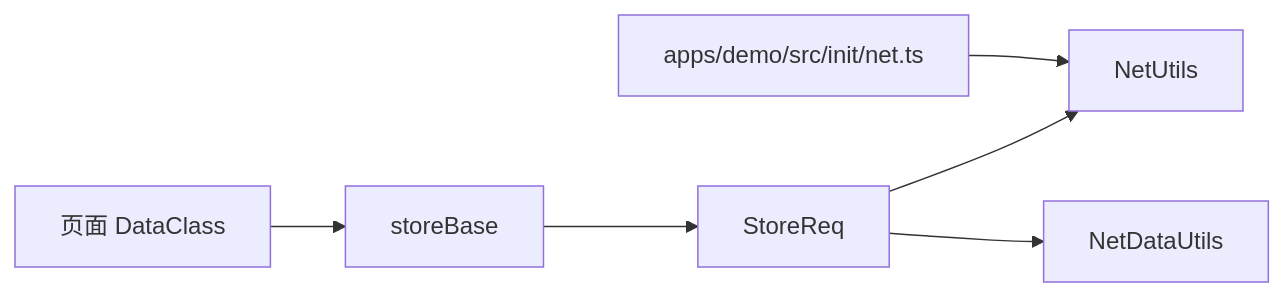
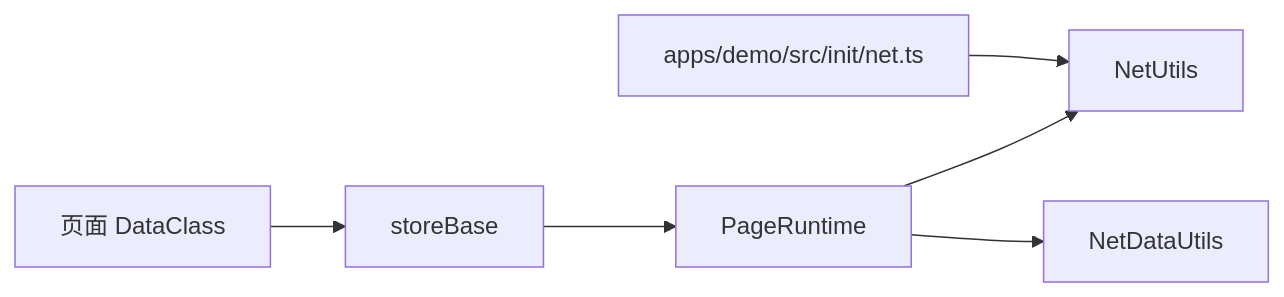
The sixth of 6 diagrams in .qoder/repowiki/zh/content/数据管理/数据同步.md (liqiongke/FrontArk), drawn with Mermaid before and after one commit. The commit also changed other lines of this file and 19 other files, not shown here.

````diff
--- a/.qoder/repowiki/zh/content/数据管理/数据同步.md
+++ b/.qoder/repowiki/zh/content/数据管理/数据同步.md
@@ -256,8 +271,8 @@
 ```mermaid
 graph LR
 NetInit["apps/demo/src/init/net.ts"] --> NetUtils["NetUtils"]
-StoreBase["storeBase"] --> StoreReq["StoreReq"]
-StoreReq --> NetUtils
-StoreReq --> NetDataUtils["NetDataUtils"]
+StoreBase["storeBase"] --> PageRuntime["PageRuntime"]
+PageRuntime --> NetUtils
+PageRuntime --> NetDataUtils["NetDataUtils"]
 PageData["页面 DataClass"] --> StoreBase
 ```
````
